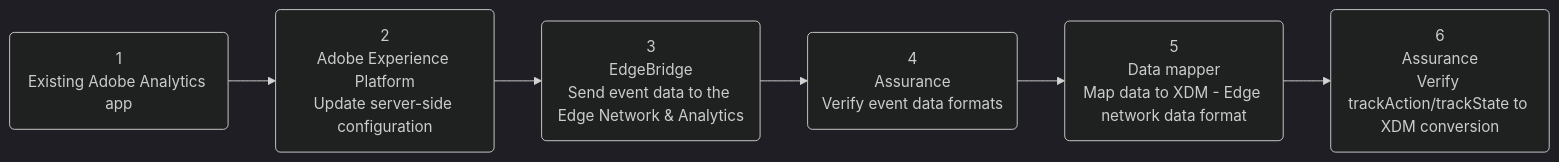
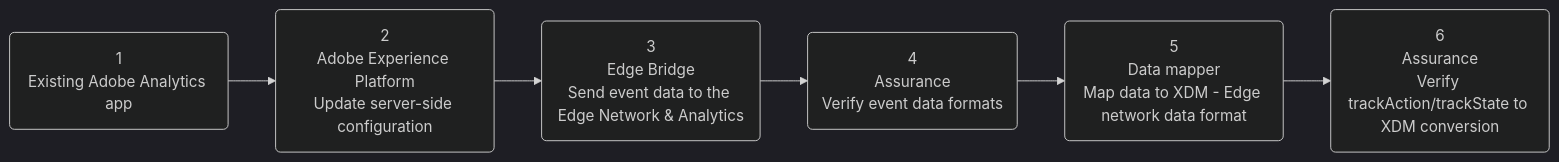
The first of 2 diagrams in Documentation/tutorials/edge-bridge-tutorial.md (adobe/aepsdk-edgebridge-ios), drawn with Mermaid (dark theme) before and after one commit. The commit also changed other lines of this file and 6 other files, not shown here.

Commit message:
Update tutorial apps to include EdgeBridge

````diff
--- a/Documentation/tutorials/edge-bridge-tutorial.md
+++ b/Documentation/tutorials/edge-bridge-tutorial.md
@@ -24,9 +24,9 @@
 ```mermaid
 graph LR;
     step1(1<br/>Existing Adobe Analytics app) -->
     step2(2<br/>Adobe Experience Platform<br/>Update server-side configuration) --> 
-    step3(3<br/>EdgeBridge<br/>Send event data to the Edge Network & Analytics) --> 
+    step3(3<br/>Edge Bridge<br/>Send event data to the Edge Network & Analytics) --> 
     step4(4<br/>Assurance<br/>Verify event data formats) -->
     step5(5<br/>Data mapper<br/>Map data to XDM - Edge network data format) -->
     step6(6<br/>Assurance<br/>Verify trackAction/trackState to XDM conversion)
 ```
````
